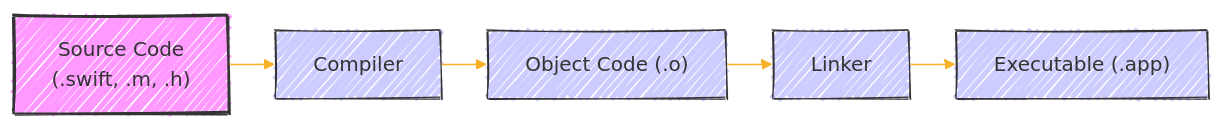
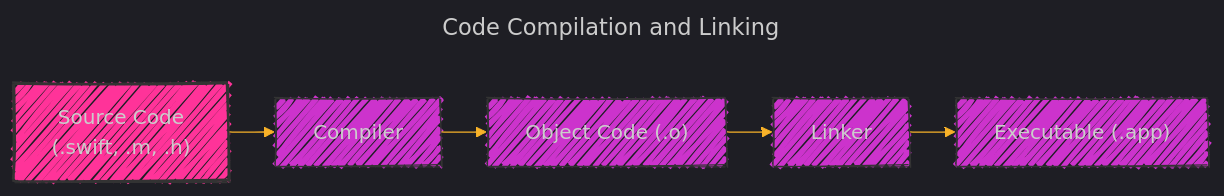
The eighth of 8 diagrams in Documentation_Consolidated_Version_Draft_2.md (CongLeSolutionX/Metal-Primitives), drawn with Mermaid before and after one commit. The commit also changed other lines of this file, not shown here.

````diff
--- a/Documentation_Consolidated_Version_Draft_2.md
+++ b/Documentation_Consolidated_Version_Draft_2.md
@@ -513,30 +533,34 @@
 ```mermaid
+---
+title: Code Compilation and Linking
+config:
+  layout: elk
+  look: handDrawn
+  theme: dark
+---
 %%{
   init: {
-    'theme': 'default',
-    'layout': 'elk',
-    'look': 'handDrawn',
     'fontFamily': 'verdana',
     'themeVariables': {
       'primaryColor': '#BB2528',
-      'primaryTextColor': '#fff',
+      'primaryTextColor': '#f529',
       'primaryBorderColor': '#7C0000',
       'lineColor': '#F8B229',
       'secondaryColor': '#006100',
       'tertiaryColor': '#fff'
     }
   }
 }%%
 graph LR
     A["Source Code<br>(.swift, .m, .h)"] --> B["Compiler"]
     B --> C["Object Code (.o)"]
     C --> D["Linker"]
     D --> E["Executable (.app)"]
 
-    style A fill:#f9f,stroke:#333,stroke-width:2px
-    style B fill:#ccf,stroke:#333,stroke-width:1px
-    style C fill:#ccf,stroke:#333,stroke-width:1px
-    style D fill:#ccf,stroke:#333,stroke-width:1px
-    style E fill:#ccf,stroke:#333,stroke-width:1px
+    style A fill:#f39f,stroke:#333,stroke-width:2px
+    style B fill:#c3cf,stroke:#333,stroke-width:1px
+    style C fill:#c3cf,stroke:#333,stroke-width:1px
+    style D fill:#c3cf,stroke:#333,stroke-width:1px
+    style E fill:#c3cf,stroke:#333,stroke-width:1px
     
 ```
````
